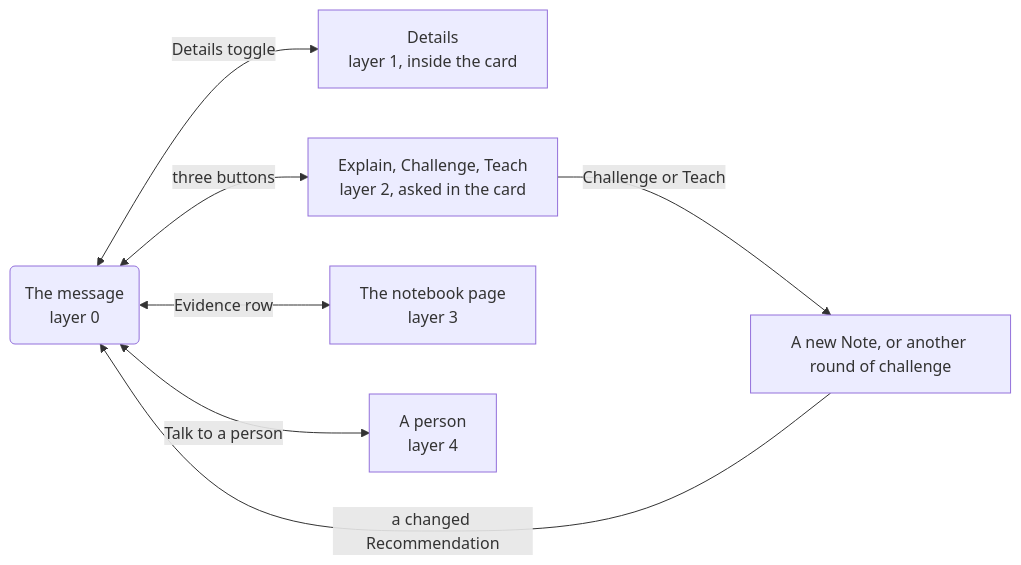
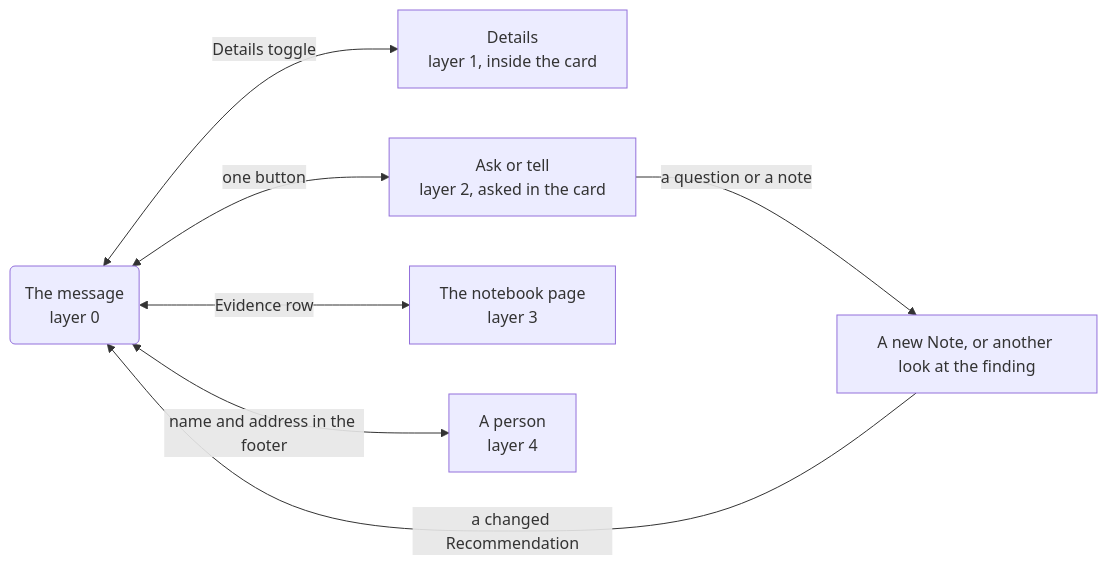
Before and after one commit to tinodo/meternaut: the first of 2 diagrams in docs/experience/04-messages-and-cards.md, drawn with Mermaid. The commit also changed other lines of this file and 41 other files, not shown here.

First line of the commit message:
Cards follow the decision brief: one Ask or tell, whom to talk to in the one footer line, no age or waiting cost on the card

````diff
--- a/docs/experience/04-messages-and-cards.md
+++ b/docs/experience/04-messages-and-cards.md
@@ -11,15 +11,15 @@
 ```mermaid
 flowchart LR
     M("The message<br/>layer 0")
     D["Details<br/>layer 1, inside the card"]
-    E["Explain, Challenge, Teach<br/>layer 2, asked in the card"]
+    E["Ask or tell<br/>layer 2, asked in the card"]
     N["The notebook page<br/>layer 3"]
     P["A person<br/>layer 4"]
-    L["A new Note, or another round of challenge"]
+    L["A new Note, or another look at the finding"]
     M <-->|"Details toggle"| D
-    M <-->|"three buttons"| E
+    M <-->|"one button"| E
     M <-->|"Evidence row"| N
-    M <-->|"Talk to a person"| P
-    E -->|"Challenge or Teach"| L
+    M <-->|"name and address in the footer"| P
+    E -->|"a question or a note"| L
     L -->|"a changed Recommendation"| M
 ```
````
